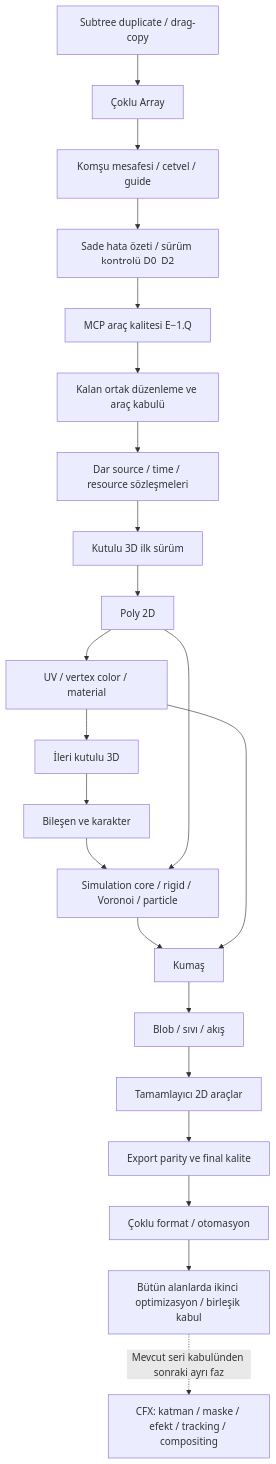
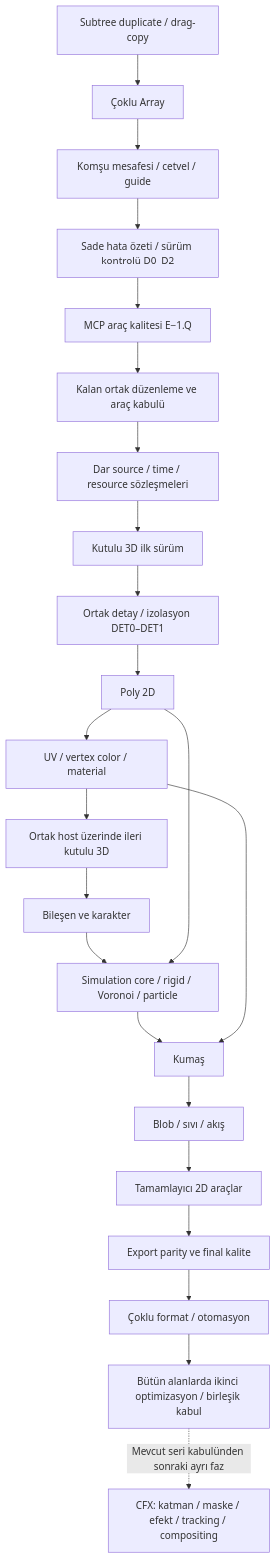
Before and after one commit to codie1982/chorono-editor: the diagram in docs/tr/production-2d-roadmap.md, drawn with Mermaid. The commit also changed other lines of this file and 33 other files, not shown here.

Commit message:
feat: add shared scoped item detail editor and film roadmap

````diff
--- a/docs/tr/production-2d-roadmap.md
+++ b/docs/tr/production-2d-roadmap.md
@@ -92,24 +94,25 @@
 ```mermaid
 flowchart TD
     V4[Subtree duplicate / drag-copy] --> V5[Çoklu Array]
     V5 --> LAYOUT[Komşu mesafesi / cetvel / guide]
     LAYOUT --> DIAG[Sade hata özeti / sürüm kontrolü D0–D2]
     DIAG --> Q[MCP araç kalitesi E−1.Q]
     Q --> H[Kalan ortak düzenleme ve araç kabulü]
     H --> I[Dar source / time / resource sözleşmeleri]
     I --> B[Kutulu 3D ilk sürüm]
-    B --> G[Poly 2D]
+    B --> D[Ortak detay / izolasyon DET0–DET1]
+    D --> G[Poly 2D]
     G --> U[UV / vertex color / material]
-    U --> B2[İleri kutulu 3D]
+    U --> B2[Ortak host üzerinde ileri kutulu 3D]
     B2 --> C[Bileşen ve karakter]
     C --> S[Simulation core / rigid / Voronoi / particle]
     G --> S
     S --> CL[Kumaş]
     U --> CL
     CL --> L[Blob / sıvı / akış]
     L --> T[Tamamlayıcı 2D araçlar]
     T --> E[Export parity ve final kalite]
     E --> M[Çoklu format / otomasyon]
     M --> O[Bütün alanlarda ikinci optimizasyon / birleşik kabul]
     O -. Mevcut seri kabulünden sonraki ayrı faz .-> F[CFX: katman / maske / efekt / tracking / compositing]
 ```
````
